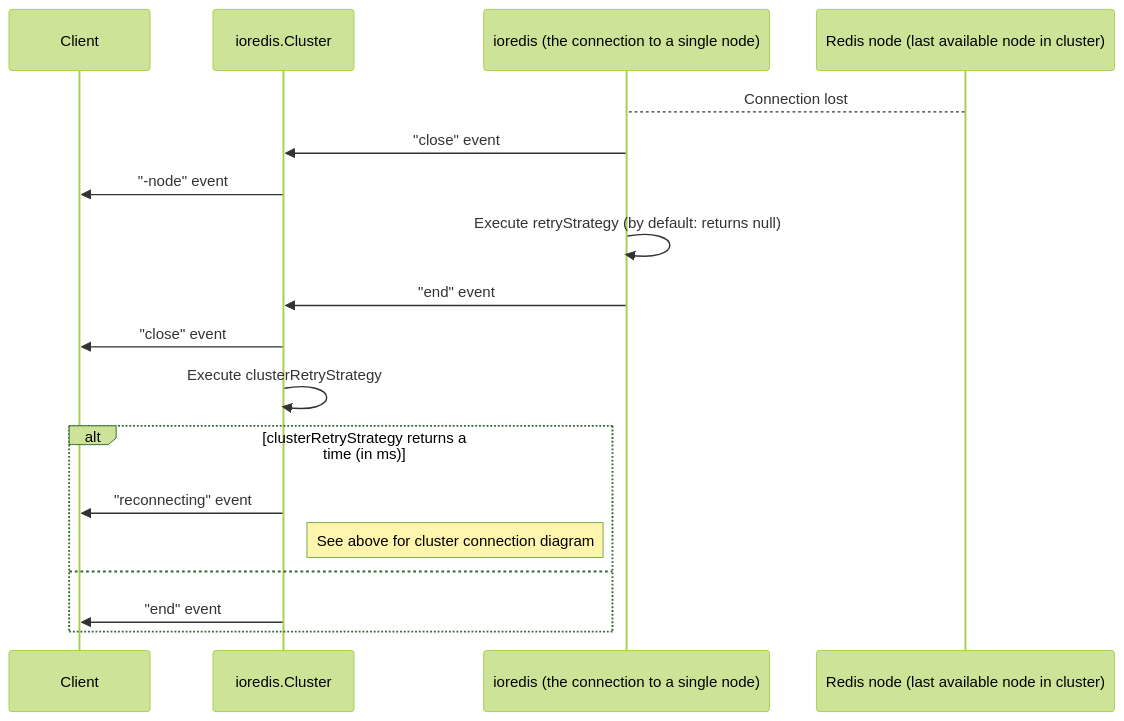
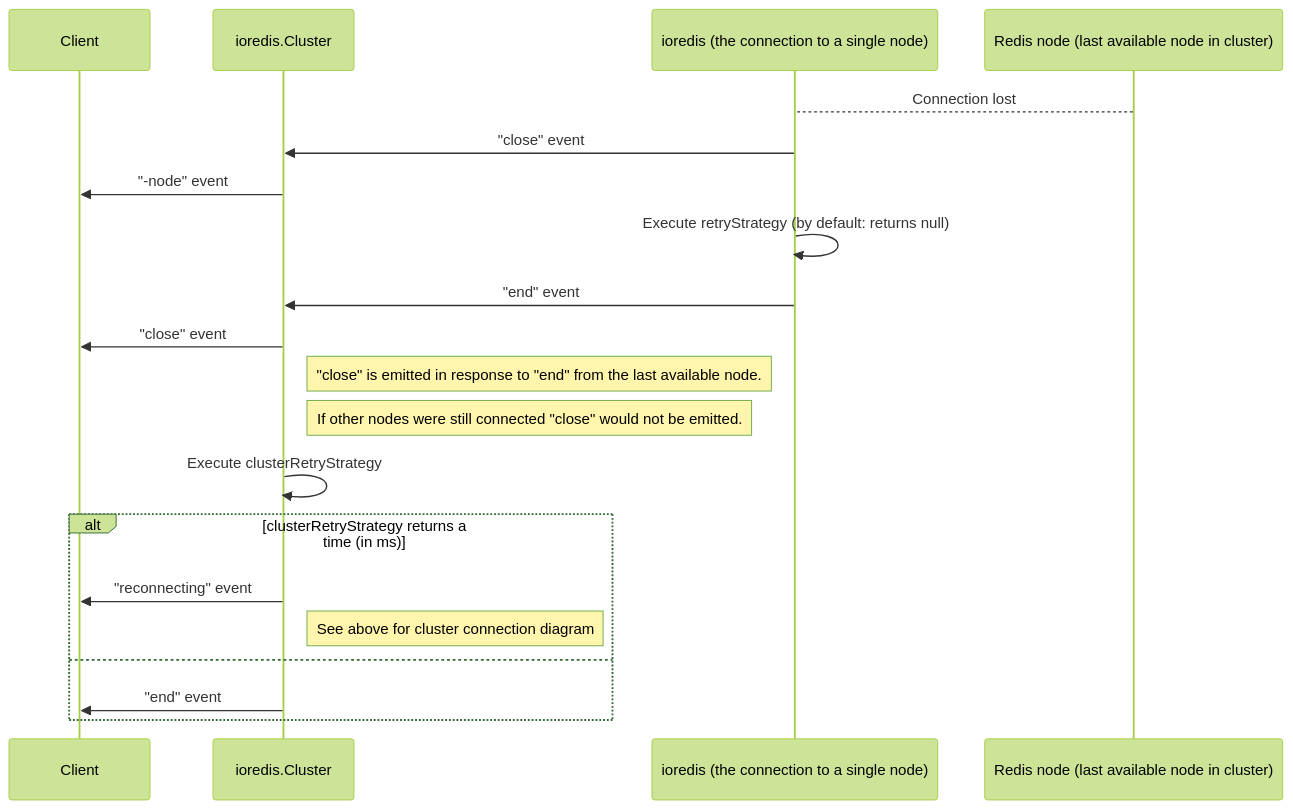
One commit to notten13/cheatsheets changed the fourth of 4 diagrams in redis.md. Above: the diagram before and after it, drawn with Mermaid (forest theme).

Commit message:
Add notes on redis diagrams

````diff
--- a/redis.md
+++ b/redis.md
@@ -189,26 +189,29 @@
 ```mermaid
 sequenceDiagram
 
 participant Client
 participant ioredis.Cluster
 participant ioredis as ioredis (the connection to a single node)
 participant Redis as Redis node (last available node in cluster)
 
 Redis-->ioredis: Connection lost
 ioredis->>ioredis.Cluster: "close" event
 ioredis.Cluster->>Client: "-node" event
 
 ioredis->>ioredis: Execute retryStrategy (by default: returns null)
 ioredis->>ioredis.Cluster: "end" event
 
 ioredis.Cluster->>Client: "close" event
+Note right of ioredis.Cluster: "close" is emitted in response to "end" from the last available node.
+Note right of ioredis.Cluster: If other nodes were still connected "close" would not be emitted.
+
 
 ioredis.Cluster->>ioredis.Cluster: Execute clusterRetryStrategy
 
 alt clusterRetryStrategy returns a time (in ms)
   ioredis.Cluster->>Client: "reconnecting" event
   Note right of ioredis.Cluster: See above for cluster connection diagram
 else
   ioredis.Cluster->>Client: "end" event
 end
 ```
````
